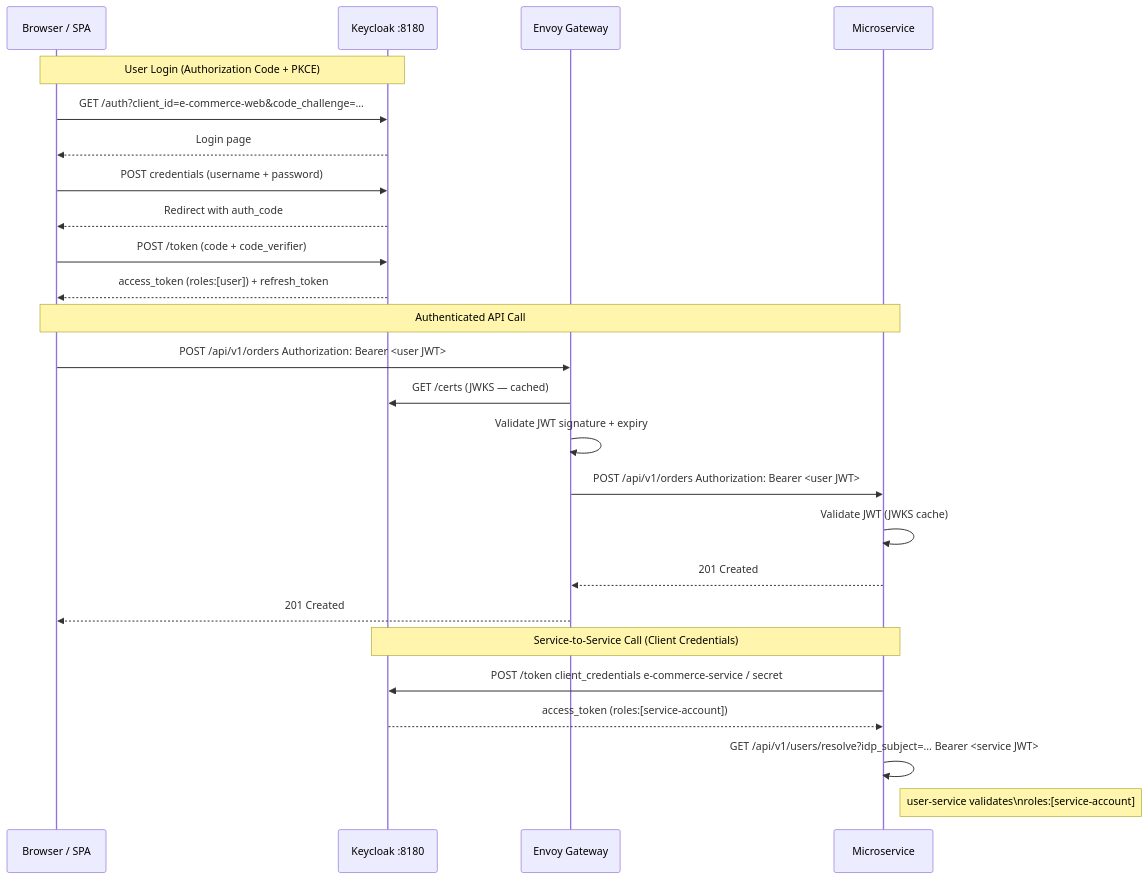
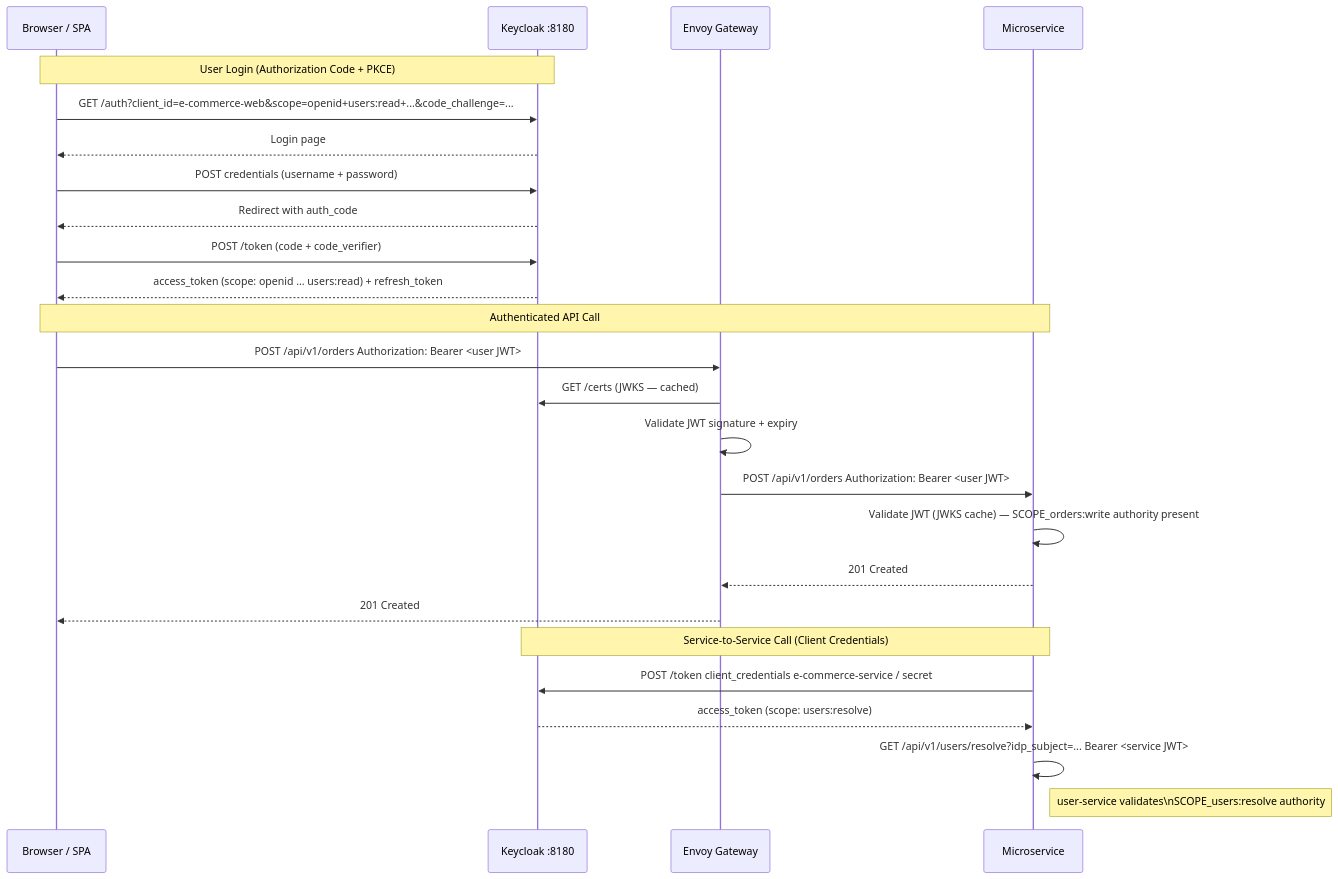
The second of 2 diagrams in design/keycloak-configuration.md (ricsanfre/spring-microservices-otel-k8s), drawn with Mermaid before and after one commit. The commit also changed other lines of this file and 10 other files, not shown here.

````diff
--- a/design/keycloak-configuration.md
+++ b/design/keycloak-configuration.md
@@ -353,30 +308,30 @@
 ```mermaid
 sequenceDiagram
     participant SPA as Browser / SPA
     participant KC as Keycloak :8180
     participant GW as Envoy Gateway
     participant SVC as Microservice
 
     Note over SPA,KC: User Login (Authorization Code + PKCE)
-    SPA->>KC: GET /auth?client_id=e-commerce-web&code_challenge=...
+    SPA->>KC: GET /auth?client_id=e-commerce-web&scope=openid+users:read+...&code_challenge=...
     KC-->>SPA: Login page
     SPA->>KC: POST credentials (username + password)
     KC-->>SPA: Redirect with auth_code
     SPA->>KC: POST /token (code + code_verifier)
-    KC-->>SPA: access_token (roles:[user]) + refresh_token
+    KC-->>SPA: access_token (scope: openid … users:read) + refresh_token
 
     Note over SPA,SVC: Authenticated API Call
     SPA->>GW: POST /api/v1/orders  Authorization: Bearer <user JWT>
     GW->>KC: GET /certs (JWKS — cached)
     GW->>GW: Validate JWT signature + expiry
     GW->>SVC: POST /api/v1/orders  Authorization: Bearer <user JWT>
-    SVC->>SVC: Validate JWT (JWKS cache)
+    SVC->>SVC: Validate JWT (JWKS cache) — SCOPE_orders:write authority present
     SVC-->>GW: 201 Created
     GW-->>SPA: 201 Created
 
     Note over SVC,KC: Service-to-Service Call (Client Credentials)
     SVC->>KC: POST /token  client_credentials  e-commerce-service / secret
-    KC-->>SVC: access_token (roles:[service-account])
+    KC-->>SVC: access_token (scope: users:resolve)
     SVC->>SVC: GET /api/v1/users/resolve?idp_subject=...  Bearer <service JWT>
-    Note right of SVC: user-service validates\nroles:[service-account]
+    Note right of SVC: user-service validates\nSCOPE_users:resolve authority
 ```
````
